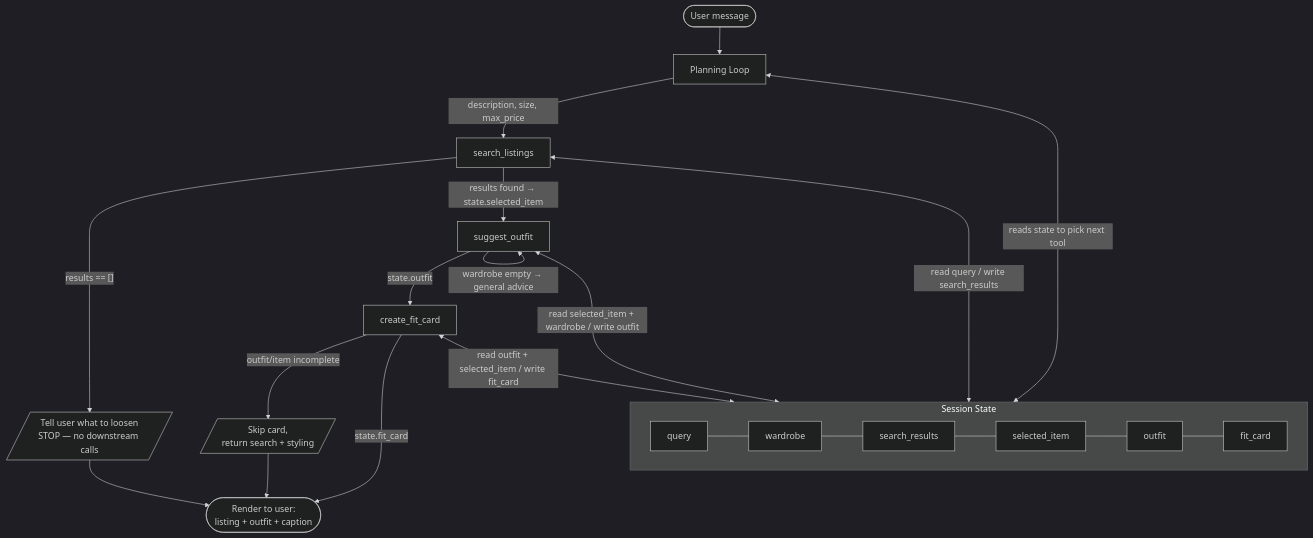
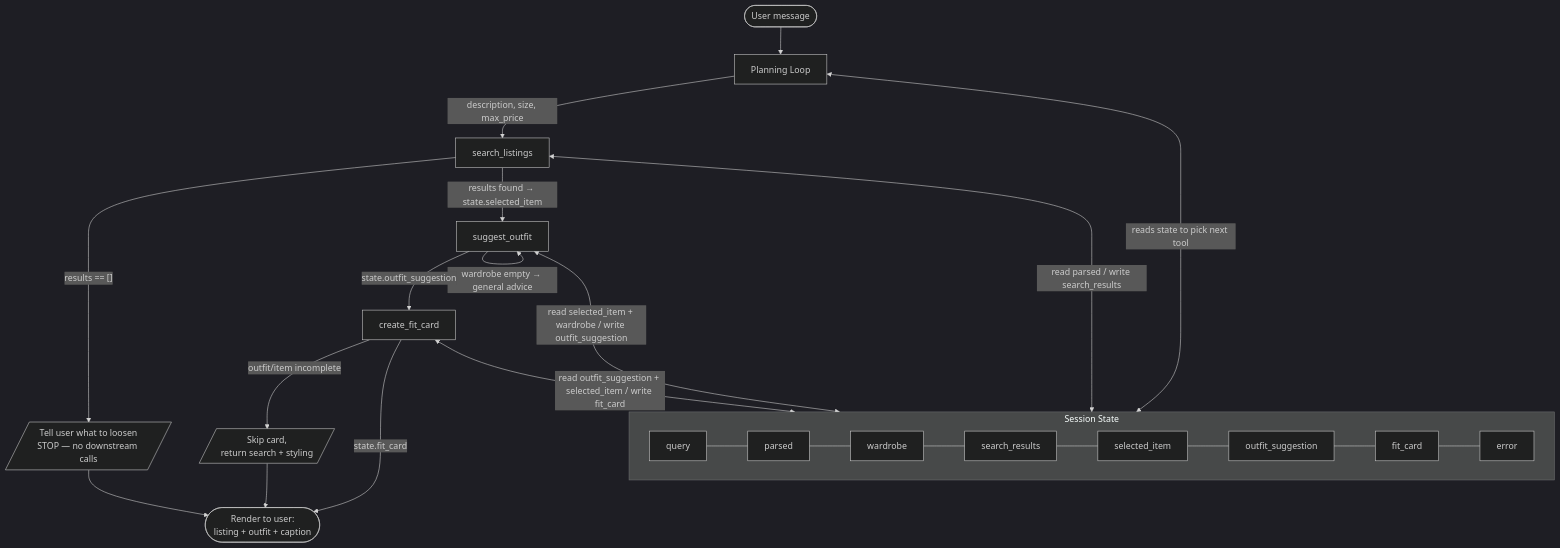
One commit to tsunderii/fitfindr changed the diagram in planning.md. Above: the diagram before and after it, drawn with Mermaid (dark theme). The commit also changed other lines of this file and 4 other files, not shown here.

````diff
--- a/planning.md
+++ b/planning.md
@@ -138,26 +140,26 @@
 ```mermaid
 flowchart TD
     U([User message]) --> P[Planning Loop]
 
     P -->|"description, size, max_price"| S[search_listings]
     S -->|"results == []"| E1[/"Tell user what to loosen<br/>STOP — no downstream calls"/]
     S -->|"results found → state.selected_item"| O[suggest_outfit]
 
     O -->|"wardrobe empty → general advice"| O
-    O -->|"state.outfit"| C[create_fit_card]
+    O -->|"state.outfit_suggestion"| C[create_fit_card]
     C -->|"outfit/item incomplete"| E2[/"Skip card,<br/>return search + styling"/]
     C -->|"state.fit_card"| R([Render to user:<br/>listing + outfit + caption])
 
     E1 --> R
     E2 --> R
 
     subgraph ST [Session State]
       direction LR
-      Q[query] --- W[wardrobe] --- SR[search_results] --- SI[selected_item] --- OF[outfit] --- FC[fit_card]
+      Q[query] --- PA[parsed] --- W[wardrobe] --- SR[search_results] --- SI[selected_item] --- OF[outfit_suggestion] --- FC[fit_card] --- ER[error]
     end
 
-    S <-->|read query / write search_results| ST
-    O <-->|read selected_item + wardrobe / write outfit| ST
-    C <-->|read outfit + selected_item / write fit_card| ST
+    S <-->|read parsed / write search_results| ST
+    O <-->|read selected_item + wardrobe / write outfit_suggestion| ST
+    C <-->|read outfit_suggestion + selected_item / write fit_card| ST
     P <-->|reads state to pick next tool| ST
 ```
````
